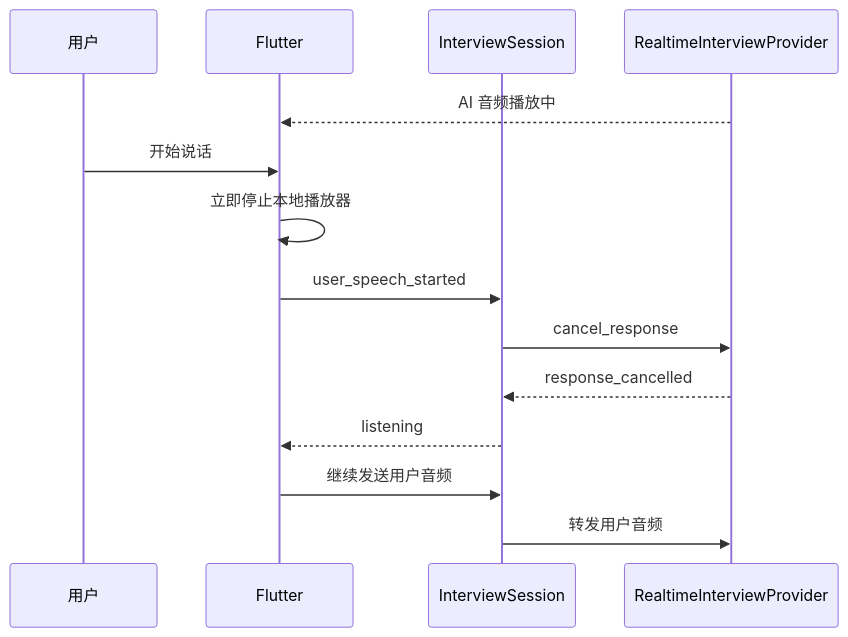
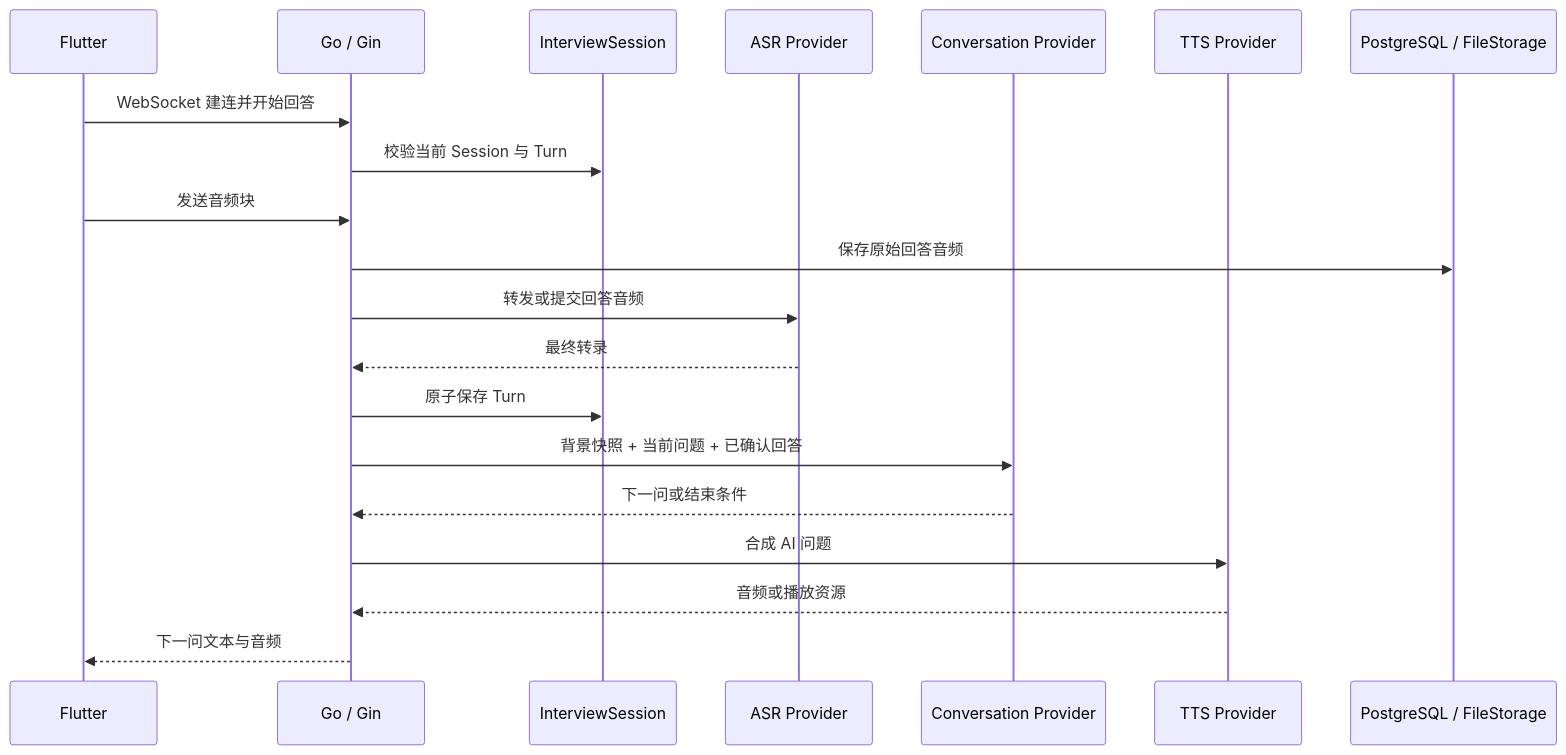
One commit to Lq0412/ai-en-coach changed the fourth of 5 diagrams in docs/superpowers/specs/2026-07-14-ms1-system-architecture-design.md. Above: the diagram before and after it, drawn with Mermaid. The commit also changed other lines of this file and 2 other files, not shown here.

````diff
--- a/docs/superpowers/specs/2026-07-14-ms1-system-architecture-design.md
+++ b/docs/superpowers/specs/2026-07-14-ms1-system-architecture-design.md
@@ -435,17 +150,23 @@
 ```mermaid
 sequenceDiagram
-  participant U as 用户
   participant F as Flutter
+  participant G as Go / Gin
   participant S as InterviewSession
-  participant V as RealtimeInterviewProvider
+  participant A as ASR Provider
+  participant L as Conversation Provider
+  participant T as TTS Provider
+  participant P as PostgreSQL / FileStorage
 
-  V-->>F: AI 音频播放中
-  U->>F: 开始说话
-  F->>F: 立即停止本地播放器
-  F->>S: user_speech_started
-  S->>V: cancel_response
-  V-->>S: response_cancelled
-  S-->>F: listening
-  F->>S: 继续发送用户音频
-  S->>V: 转发用户音频
+  F->>G: WebSocket 建连并开始回答
+  G->>S: 校验当前 Session 与 Turn
+  F->>G: 发送音频块
+  G->>P: 保存原始回答音频
+  G->>A: 转发或提交回答音频
+  A-->>G: 最终转录
+  G->>S: 原子保存 Turn
+  G->>L: 背景快照 + 当前问题 + 已确认回答
+  L-->>G: 下一问或结束条件
+  G->>T: 合成 AI 问题
+  T-->>G: 音频或播放资源
+  G-->>F: 下一问文本与音频
 ```
````
